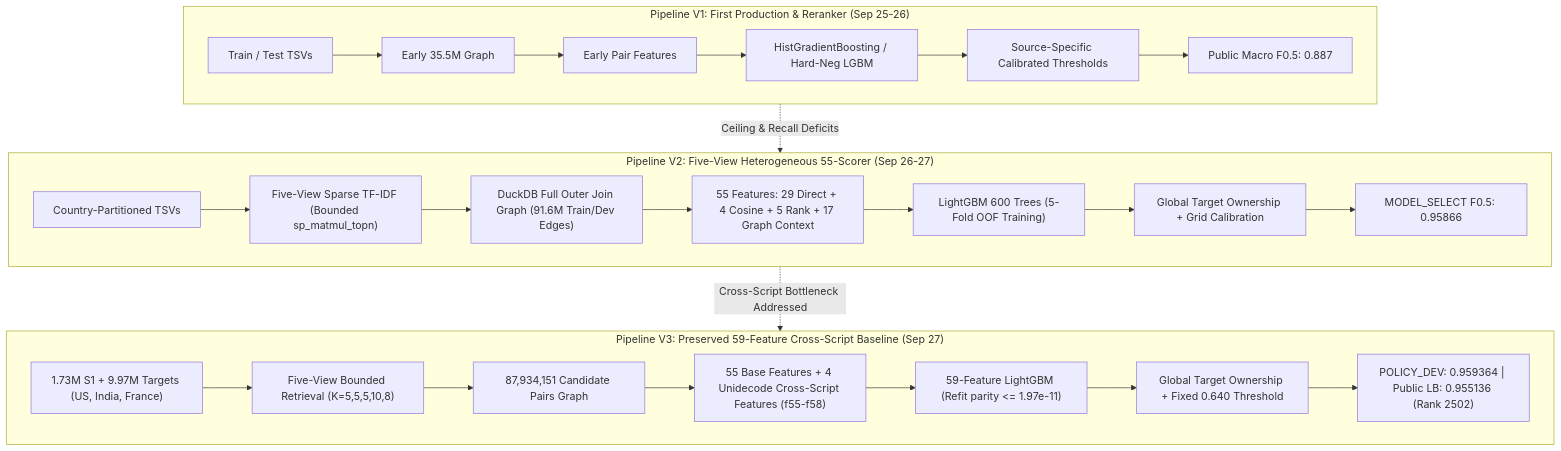
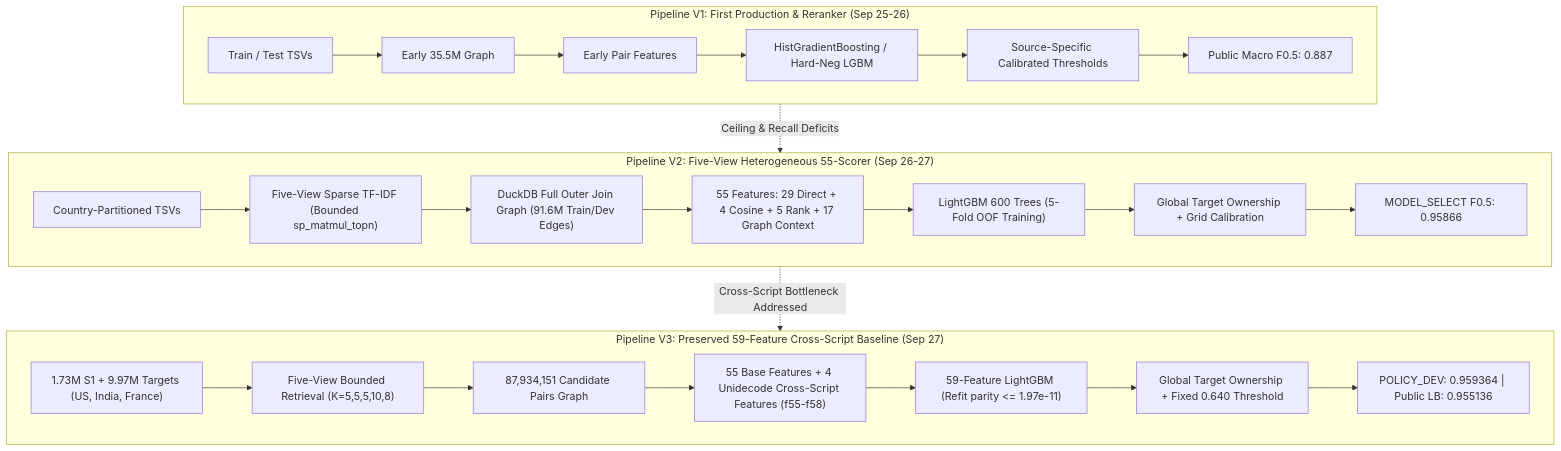
Before and after one commit to ADITHYA-SANJEEVI/concord-entity-resolution: the diagram in docs/audit/HISTORICAL_PIPELINE_LINEAGE.md, drawn with Mermaid. The commit also changed other lines of this file and 3 other files, not shown here.

Commit message:
Align Concord architecture with leaderboard claim boundary

````diff
--- a/docs/audit/HISTORICAL_PIPELINE_LINEAGE.md
+++ b/docs/audit/HISTORICAL_PIPELINE_LINEAGE.md
@@ -18,31 +18,31 @@
 ```mermaid
 flowchart TD
     subgraph V1["Pipeline V1: First Production & Reranker (Sep 25-26)"]
         V1_In["Train / Test TSVs"] --> V1_Ret["Early 35.5M Graph"]
         V1_Ret --> V1_Feat["Early Pair Features"]
         V1_Feat --> V1_Mdl["HistGradientBoosting / Hard-Neg LGBM"]
         V1_Mdl --> V1_Dec["Source-Specific Calibrated Thresholds"]
         V1_Dec --> V1_Out["Public Macro F0.5: 0.887"]
     end
 
     subgraph V2["Pipeline V2: Five-View Heterogeneous 55-Scorer (Sep 26-27)"]
         V2_In["Country-Partitioned TSVs"] --> V2_Ret["Five-View Sparse TF-IDF (Bounded sp_matmul_topn)"]
         V2_Ret --> V2_Union["DuckDB Full Outer Join Graph (91.6M Train/Dev Edges)"]
         V2_Union --> V2_Feat["55 Features: 29 Direct + 4 Cosine + 5 Rank + 17 Graph Context"]
         V2_Feat --> V2_Mdl["LightGBM 600 Trees (5-Fold OOF Training)"]
         V2_Mdl --> V2_Dec["Global Target Ownership + Grid Calibration"]
         V2_Dec --> V2_Out["MODEL_SELECT F0.5: 0.95866"]
     end
 
     subgraph V3["Pipeline V3: Preserved 59-Feature Cross-Script Baseline (Sep 27)"]
         V3_In["1.73M S1 + 9.97M Targets (US, India, France)"] --> V3_Ret["Five-View Bounded Retrieval (K=5,5,5,10,8)"]
         V3_Ret --> V3_Graph["87,934,151 Candidate Pairs Graph"]
         V3_Graph --> V3_Feat["55 Base Features + 4 Unidecode Cross-Script Features (f55-f58)"]
         V3_Feat --> V3_Mdl["59-Feature LightGBM (Refit parity <= 1.97e-11)"]
         V3_Mdl --> V3_Dec["Global Target Ownership + Fixed 0.640 Threshold"]
-        V3_Dec --> V3_Out["POLICY_DEV: 0.959364 | Public LB: 0.955136 (Rank 2502)"]
+        V3_Dec --> V3_Out["POLICY_DEV: 0.959364 | Public LB: 0.955136"]
     end
 
     V1 -.->|Ceiling & Recall Deficits| V2
     V2 -.->|Cross-Script Bottleneck Addressed| V3
 ```
````
